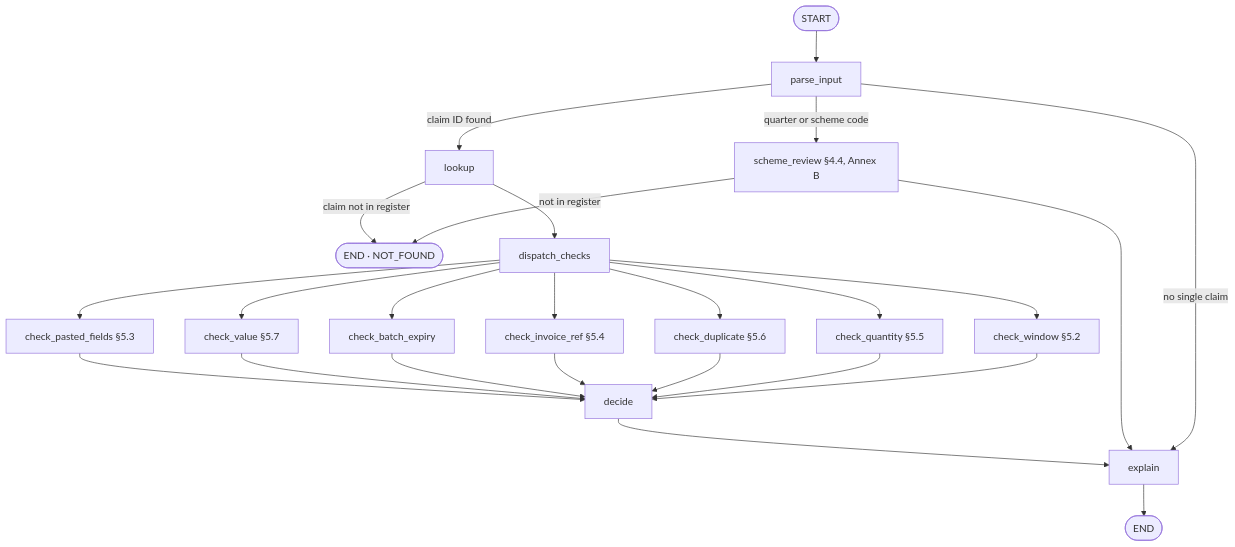
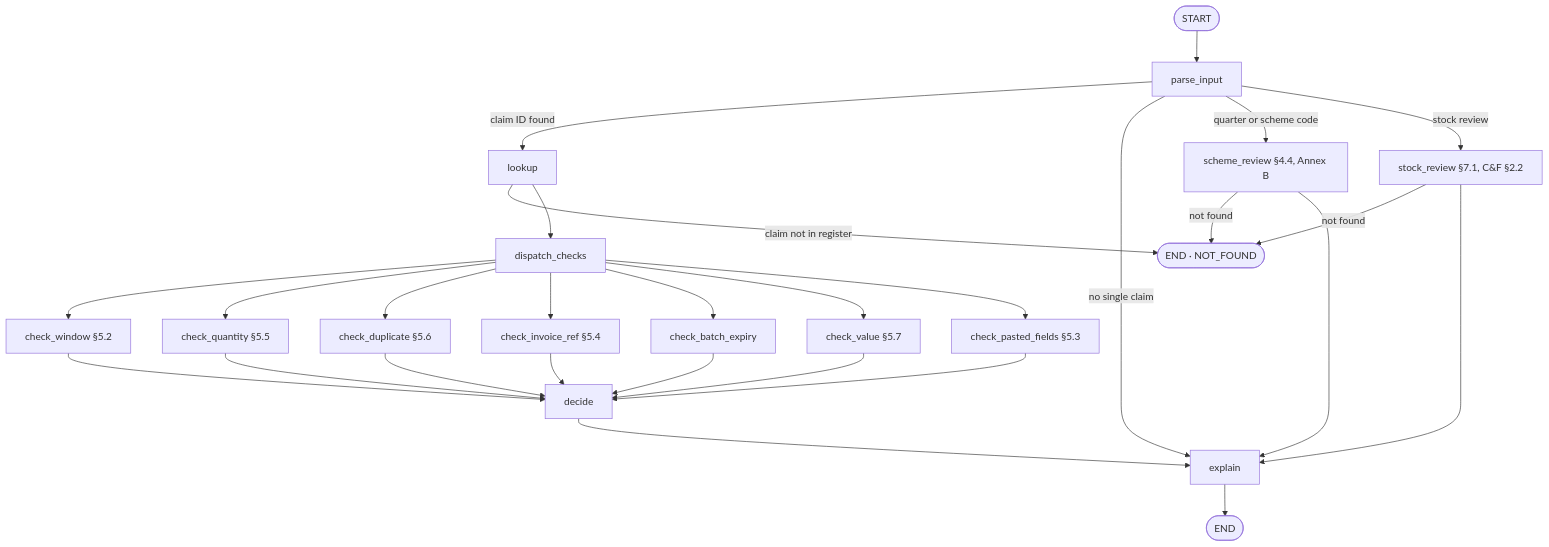
The diagram in pfizer-channel-engagement_learner-pack/discovery/architecture_note.md (palashdange/Project_Pfizer), drawn with Mermaid before and after one commit. The commit also changed other lines of this file and 6 other files, not shown here.

First line of the commit message:
Docs: stock view for problem 2 in architecture, discovery, READMEs, AGENTS, decision log; notes stay at 2 pages

````diff
--- a/pfizer-channel-engagement_learner-pack/discovery/architecture_note.md
+++ b/pfizer-channel-engagement_learner-pack/discovery/architecture_note.md
@@ -11,14 +11,15 @@
 ```mermaid
 flowchart TD
     S([START]) --> P[parse_input]
     P -->|claim ID found| L[lookup]
     P -->|no single claim| E[explain]
     P -->|quarter or scheme code| SR[scheme_review §4.4, Annex B]
-    SR -->|not in register| X
-    SR --> E
+    P -->|stock review| ST[stock_review §7.1, C&F §2.2]
+    SR & ST -->|not found| X
+    SR & ST --> E
     L -->|claim not in register| X([END · NOT_FOUND])
     L --> D[dispatch_checks]
     D --> C1[check_window §5.2] & C2[check_quantity §5.5] & C3[check_duplicate §5.6] & C4[check_invoice_ref §5.4] & C5[check_batch_expiry] & C6[check_value §5.7] & C7[check_pasted_fields §5.3]
     C1 & C2 & C3 & C4 & C5 & C6 & C7 --> DEC[decide]
     DEC --> E --> Z([END])
 ```
````
